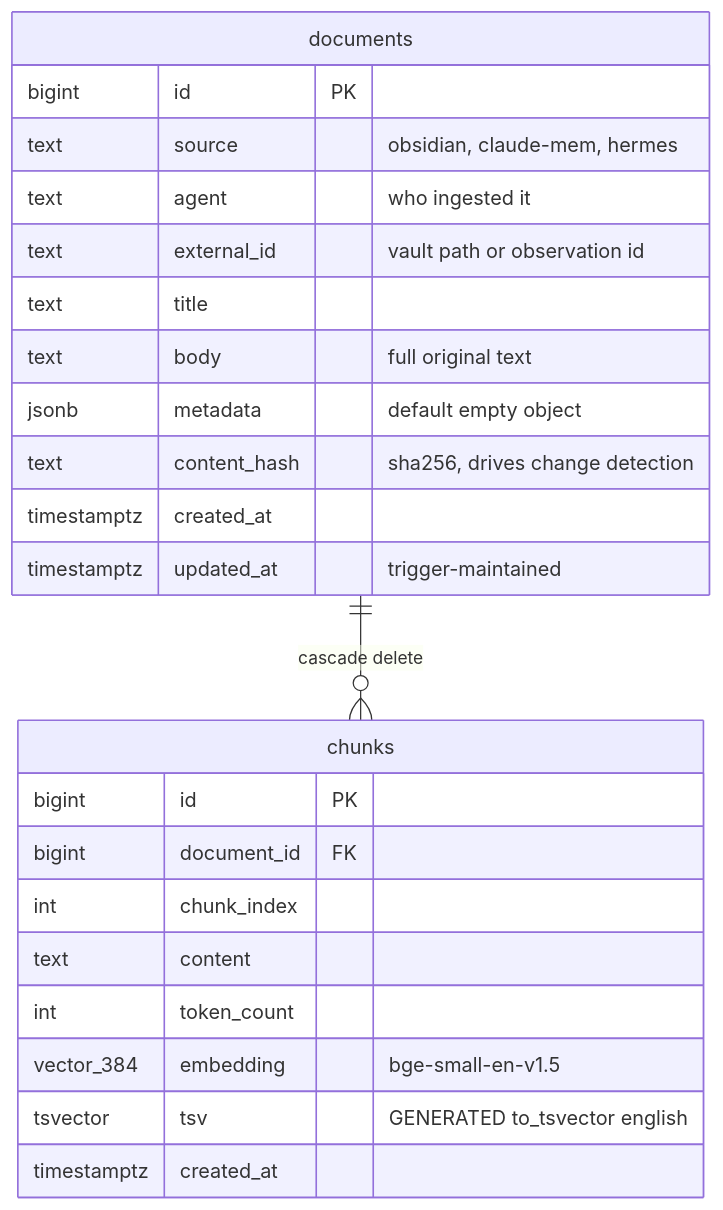
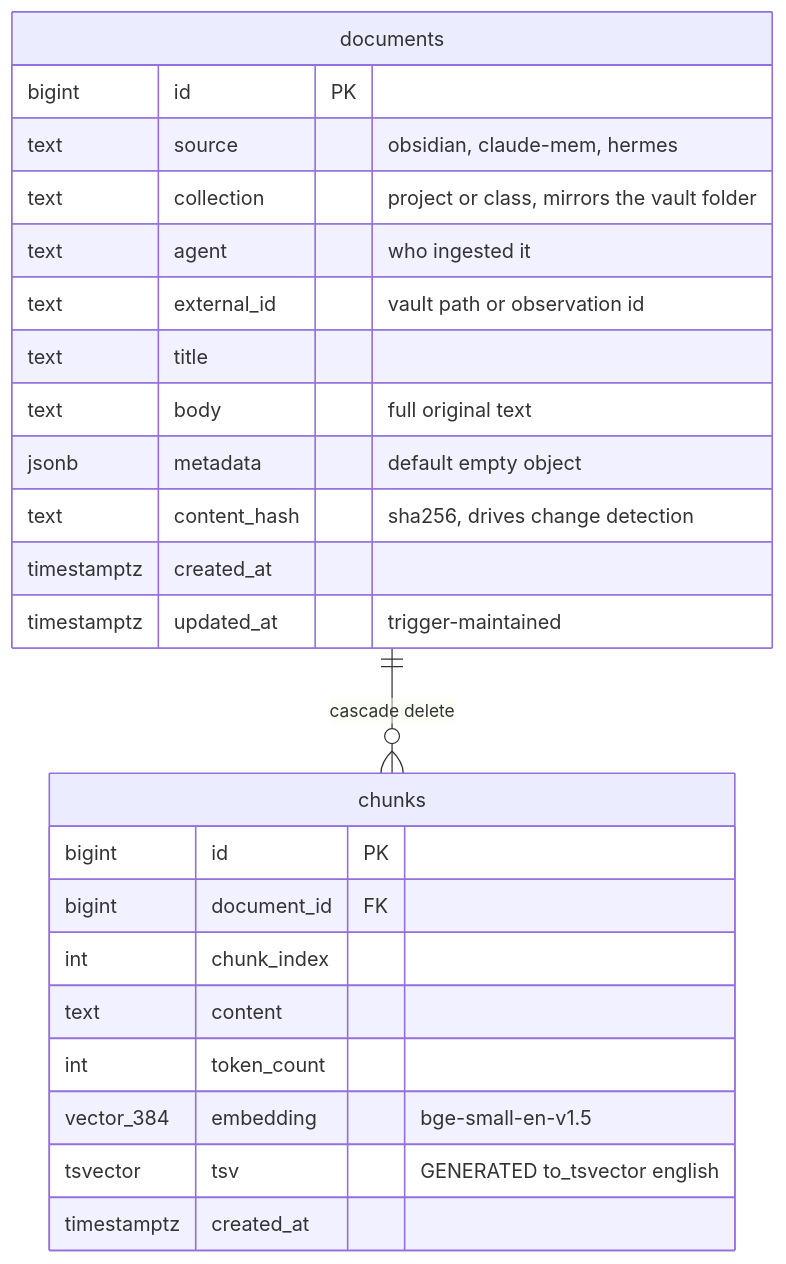
The second of 3 diagrams in docs/architecture.md (emstacho-su/agentic-harness), drawn with Mermaid before and after one commit. The commit also changed other lines of this file and 8 other files, not shown here.

````diff
--- a/docs/architecture.md
+++ b/docs/architecture.md
@@ -108,28 +107,29 @@
 ```mermaid
 erDiagram
     documents ||--o{ chunks : "cascade delete"
 
     documents {
         bigint id PK
         text source "obsidian, claude-mem, hermes"
+        text collection "project or class, mirrors the vault folder"
         text agent "who ingested it"
         text external_id "vault path or observation id"
         text title
         text body "full original text"
         jsonb metadata "default empty object"
         text content_hash "sha256, drives change detection"
         timestamptz created_at
         timestamptz updated_at "trigger-maintained"
     }
 
     chunks {
         bigint id PK
         bigint document_id FK
         int chunk_index
         text content
         int token_count
         vector_384 embedding "bge-small-en-v1.5"
         tsvector tsv "GENERATED to_tsvector english"
         timestamptz created_at
     }
 ```
````
